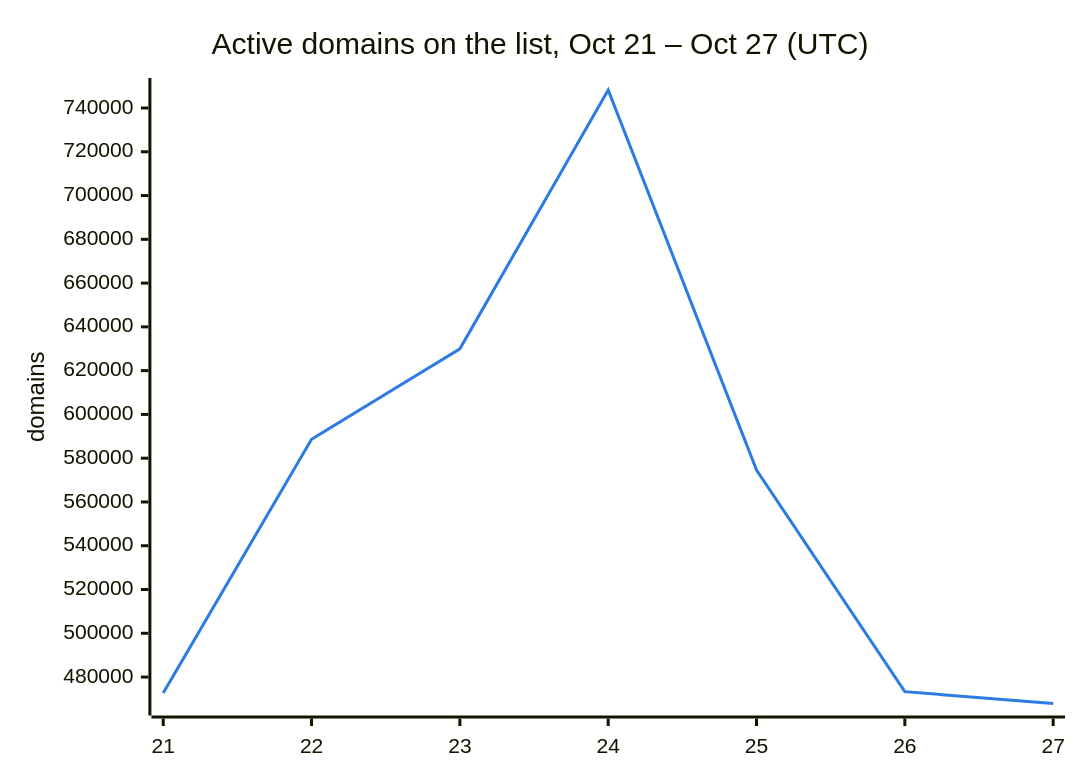
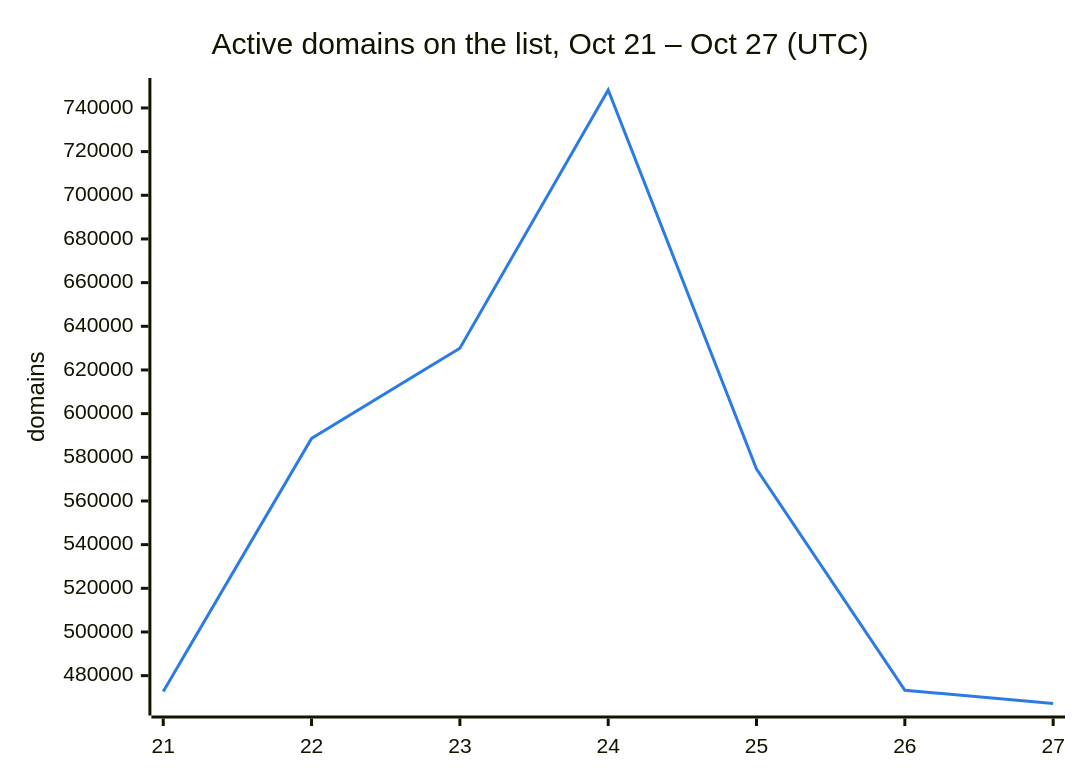
The second of 3 diagrams in README.md (DNSBunker/CTI), drawn with Mermaid before and after one commit. The commit also changed other lines of this file and 3 other files, not shown here.

````diff
--- a/README.md
+++ b/README.md
@@ -38,8 +38,8 @@
 ```mermaid
 %%{init: {"themeVariables": {"xyChart": {"plotColorPalette": "#2c7be5"}}}}%%
 xychart-beta
     title "Active domains on the list, Oct 21 – Oct 27 (UTC)"
     x-axis ["21", "22", "23", "24", "25", "26", "27"]
     y-axis "domains"
-    line [472713, 588659, 629951, 748222, 574614, 473331, 467920]
+    line [472713, 588659, 629951, 748222, 574614, 473331, 467244]
 ```
````
